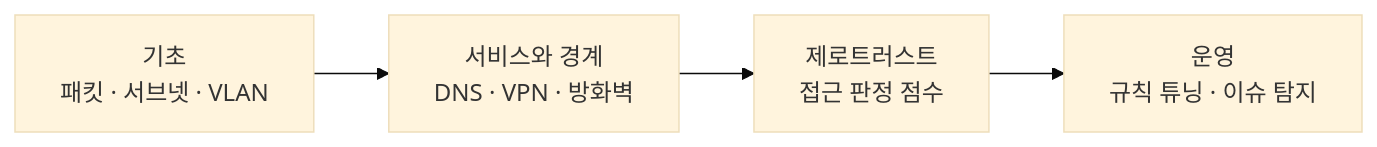
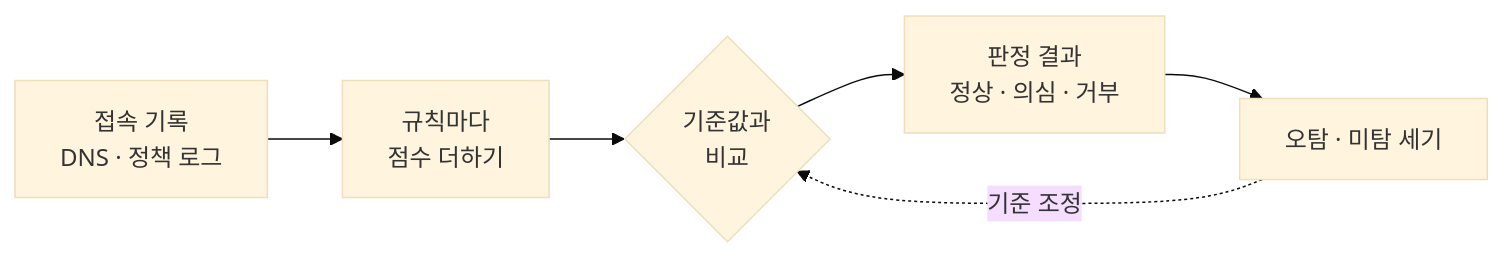
The second of 4 diagrams in Readme.md (mdkk0220/security-agent-toolkit), drawn with Mermaid (base theme) before and after one commit. The commit also changed other lines of this file and 3 other files, not shown here.

````diff
--- a/Readme.md
+++ b/Readme.md
@@ -33,6 +40,8 @@
 ```mermaid
 flowchart LR
-    A["기초<br/>패킷 · 서브넷 · VLAN"] --> B["서비스와 경계<br/>DNS · VPN · 방화벽"]
-    B --> C["제로트러스트<br/>접근 판정 점수"]
-    C --> D["운영<br/>규칙 튜닝 · 이슈 탐지"]
+    A["접속 기록<br/>DNS · 정책 로그"] --> B["규칙마다<br/>점수 더하기"]
+    B --> C{"기준값과<br/>비교"}
+    C --> D["판정 결과<br/>정상 · 의심 · 거부"]
+    D --> E["오탐 · 미탐 세기"]
+    E -. 기준 조정 .-> C
 ```
````
